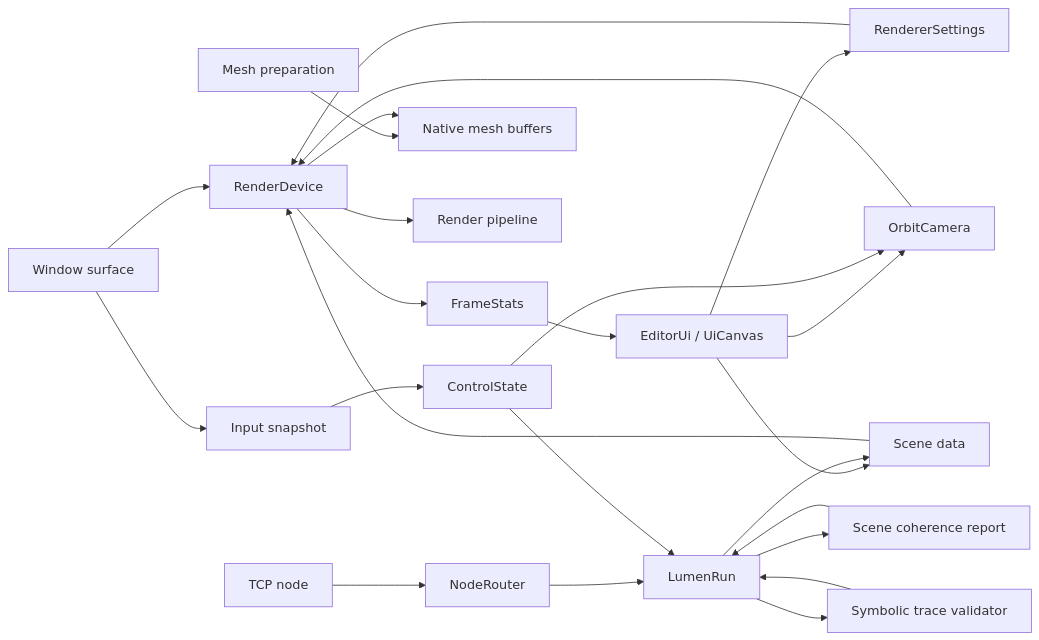
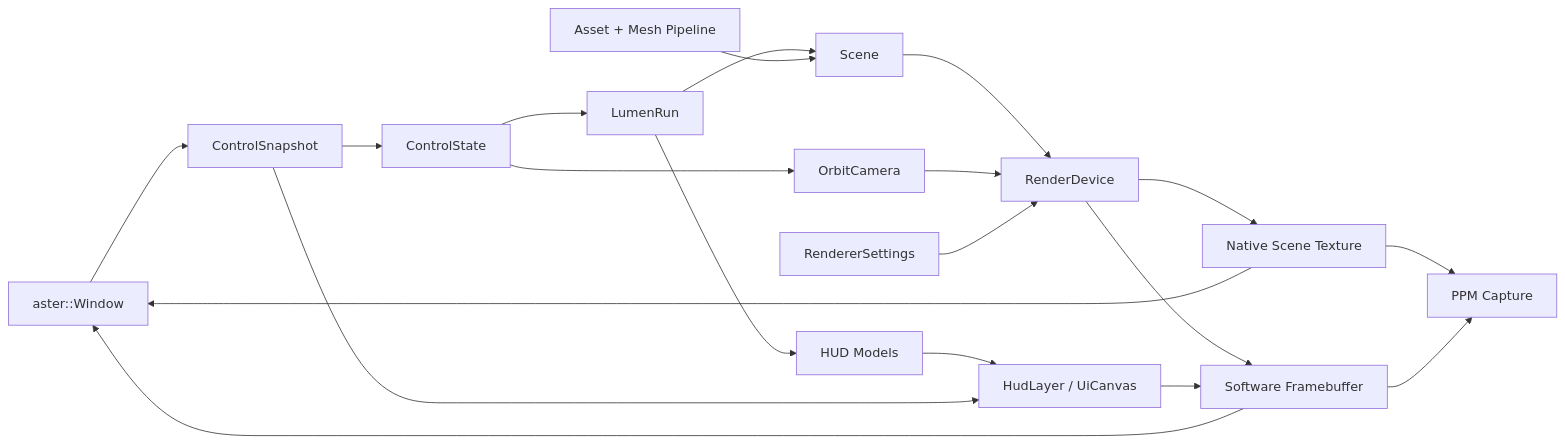
One commit to farukalpay/Aster-Learning-Engine changed the diagram in docs/ARCHITECTURE.md. Above: the diagram before and after it, drawn with Mermaid. The commit also changed other lines of this file and 1355 other files, not shown here.

````diff
--- a/docs/ARCHITECTURE.md
+++ b/docs/ARCHITECTURE.md
@@ -60,26 +83,22 @@
 ```mermaid
 flowchart LR
-  Window["Window surface"] --> Device["RenderDevice"]
-  Window --> Input["Input snapshot"]
-  Input --> Actions["ControlState"]
-  Network["TCP node"] --> Router["NodeRouter"]
-  Router --> Game
-  Asset["Mesh preparation"] --> Meshes
-  Scene["Scene data"] --> Device
-  Coherence["Scene coherence report"] --> Game
-  Trace["Symbolic trace validator"] --> Game
-  Game --> Coherence
-  Game --> Trace
-  Camera["OrbitCamera"] --> Device
-  Device --> Pipeline["Render pipeline"]
-  Device --> Meshes["Native mesh buffers"]
-  Device --> Frame["FrameStats"]
-  Frame --> UI["EditorUi / UiCanvas"]
-  UI --> Scene
-  UI --> Camera
-  UI --> Settings["RendererSettings"]
-  Settings --> Device
-  Actions --> Camera
-  Actions --> Game["LumenRun"]
-  Game --> Scene
+  Platform["aster::Window"] --> Snapshot["ControlSnapshot"]
+  Snapshot --> Controls["ControlState"]
+  Controls --> Game["LumenRun"]
+  Controls --> Camera["OrbitCamera"]
+  Game --> Scene["Scene"]
+  Assets["Asset + Mesh Pipeline"] --> Scene
+  Scene --> Renderer["RenderDevice"]
+  Camera --> Renderer
+  Settings["RendererSettings"] --> Renderer
+  Renderer --> NativeScene["Native Scene Texture"]
+  Renderer --> Framebuffer["Software Framebuffer"]
+  NativeScene --> Platform
+  Framebuffer --> Platform
+  NativeScene --> Capture["PPM Capture"]
+  Framebuffer --> Capture
+  Game --> HudModel["HUD Models"]
+  HudModel --> UI["HudLayer / UiCanvas"]
+  Snapshot --> UI
+  UI --> Framebuffer
 ```
````
